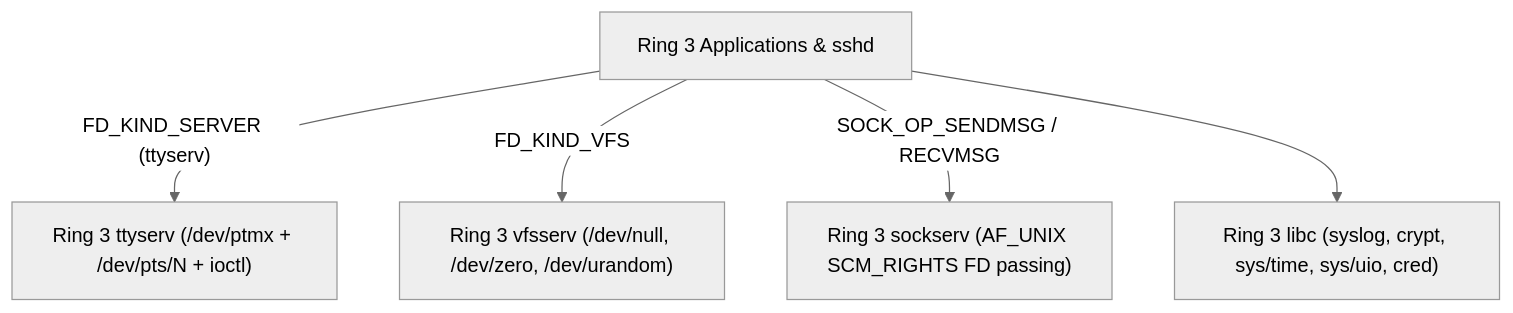
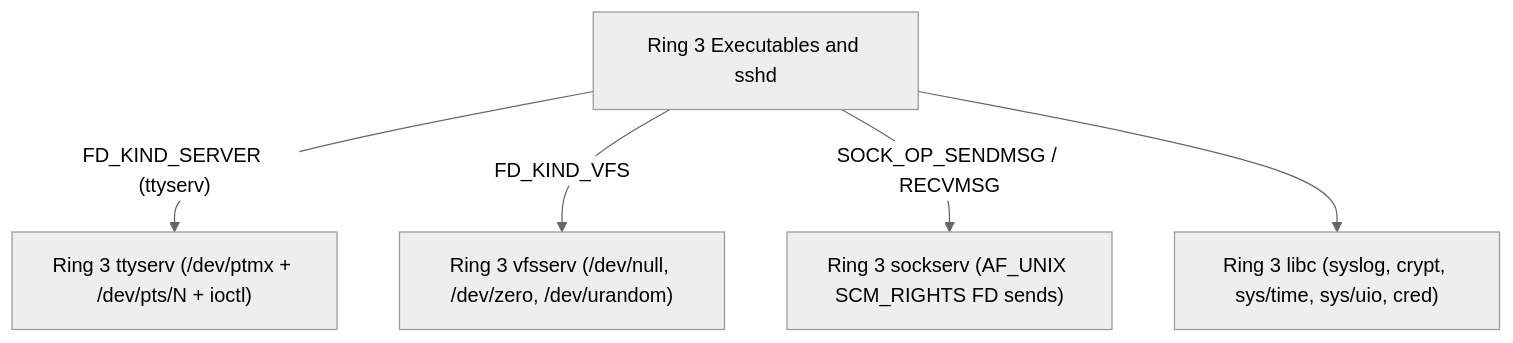
The diagram in docs/30-architecture/adr/ADR_0053.md (Deniz-Eren/microkernel), drawn with Mermaid (neutral theme) before and after one commit. The commit also changed other lines of this file and 151 other files, not shown here.

````diff
--- a/docs/30-architecture/adr/ADR_0053.md
+++ b/docs/30-architecture/adr/ADR_0053.md
@@ -22,13 +22,13 @@
 ```mermaid
 flowchart TD
-    APP["Ring 3 Applications & sshd"]
+    APP["Ring 3 Executables and sshd"]
     TTY["Ring 3 ttyserv (/dev/ptmx + /dev/pts/N + ioctl)"]
     VFS["Ring 3 vfsserv (/dev/null, /dev/zero, /dev/urandom)"]
-    SOCK["Ring 3 sockserv (AF_UNIX SCM_RIGHTS FD passing)"]
+    SOCK["Ring 3 sockserv (AF_UNIX SCM_RIGHTS FD sends)"]
     LIBC["Ring 3 libc (syslog, crypt, sys/time, sys/uio, cred)"]
 
     APP -->|"FD_KIND_SERVER (ttyserv)"| TTY
     APP -->|"FD_KIND_VFS"| VFS
     APP -->|"SOCK_OP_SENDMSG / RECVMSG"| SOCK
     APP --> LIBC
 ```
````
